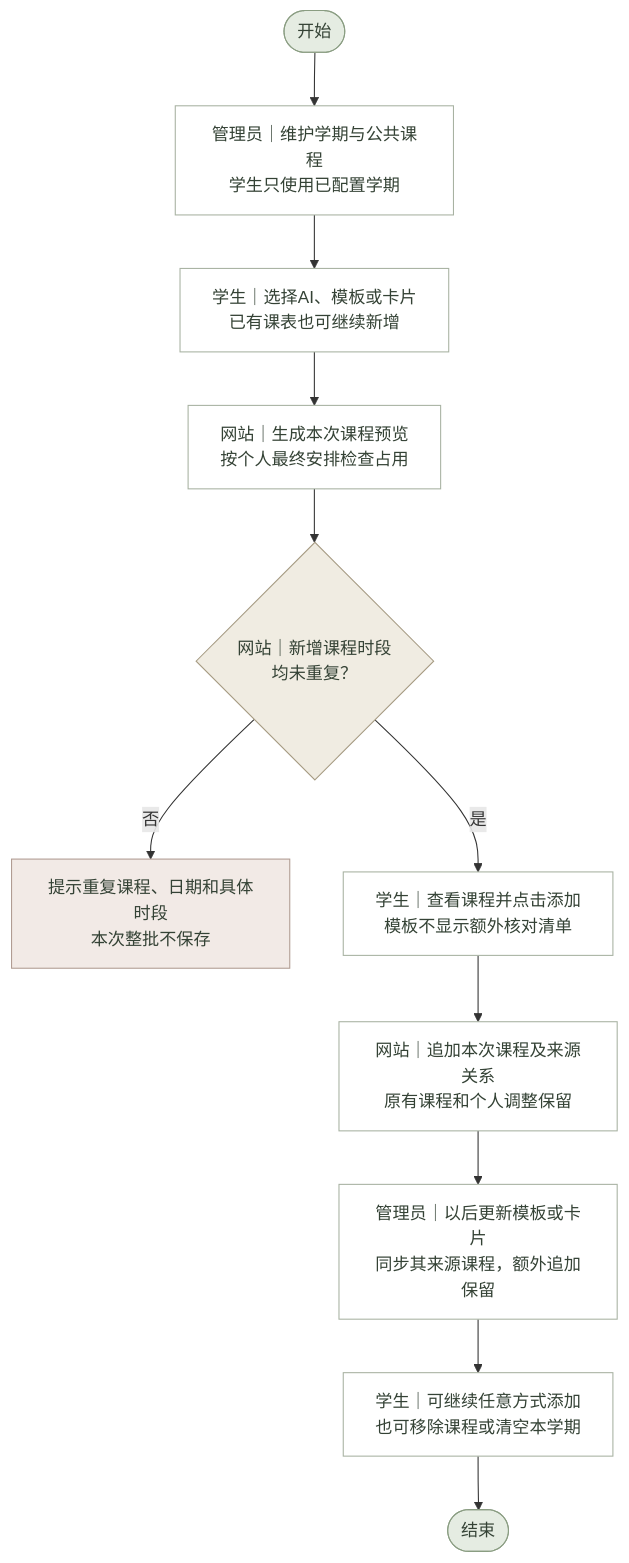
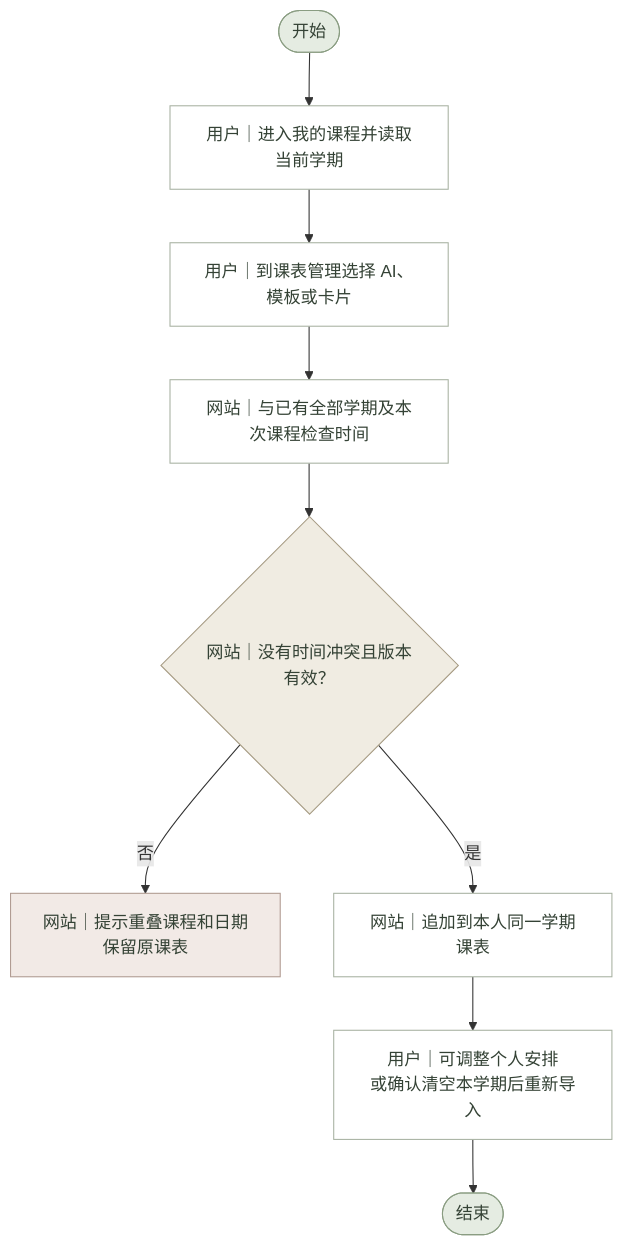
The diagram in 需求文档/课表功能/流程图源文件/业务流程图/学期课表与来源切换.mmd (lichen-lc123/class-assistant), drawn with Mermaid before and after one commit. The commit also changed 157 other files, not shown here.

```diff
--- a/需求文档/课表功能/流程图源文件/业务流程图/学期课表与来源切换.mmd
+++ b/需求文档/课表功能/流程图源文件/业务流程图/学期课表与来源切换.mmd
@@ -1,39 +1,33 @@
-%% 学期课表与来源切换 · 业务流程图 · V1.0 · 2026-11-02
+%% 学期课表与来源切换 · 业务流程图 · 当前版 · 2026-11-09
 flowchart TD
     N0(["开始"])
-    N1["管理员｜维护学期与公共课程<br/>学生只使用已配置学期"]
-    N2["学生｜选择AI、模板或卡片<br/>已有课表也可继续新增"]
-    N3["网站｜生成本次课程预览<br/>按个人最终安排检查占用"]
-    N4{"网站｜新增课程时段<br/>均未重复？"}
-    B4["提示重复课程、日期和具体时段<br/>本次整批不保存"]
-    N5["学生｜查看课程并点击添加<br/>模板不显示额外核对清单"]
-    N6["网站｜追加本次课程及来源关系<br/>原有课程和个人调整保留"]
-    N7["管理员｜以后更新模板或卡片<br/>同步其来源课程，额外追加保留"]
-    N8["学生｜可继续任意方式添加<br/>也可移除课程或清空本学期"]
-    N9(["结束"])
+    N1["用户｜进入我的课程并读取当前学期"]
+    N2["用户｜到课表管理选择 AI、模板或卡片"]
+    N3["网站｜与已有全部学期及本次课程检查时间"]
+    N4{"网站｜没有时间冲突且版本有效？"}
+    B4["网站｜提示重叠课程和日期<br/>保留原课表"]
+    N5["网站｜追加到本人同一学期课表"]
+    N6["用户｜可调整个人安排<br/>或确认清空本学期后重新导入"]
+    N7(["结束"])
     N0 --> N1
     N1 --> N2
     N2 --> N3
     N3 --> N4
     N4 -->|否| B4
     N4 -->|是| N5
     N5 --> N6
     N6 --> N7
-    N7 --> N8
-    N8 --> N9
     classDef normal fill:#FFFFFF,stroke:#A8B2A2,color:#344235;
     classDef decision fill:#F0ECE2,stroke:#A69B83,color:#344235;
     classDef terminal fill:#E5ECE2,stroke:#8A9D82,color:#344235;
     classDef exception fill:#F2EAE6,stroke:#B09B91,color:#344235;
     classDef database fill:#E7EDF0,stroke:#8A9CA6,color:#344235;
     class N0 terminal;
     class N1 normal;
     class N2 normal;
     class N3 normal;
     class N4 decision;
     class B4 exception;
     class N5 normal;
     class N6 normal;
-    class N7 normal;
-    class N8 normal;
-    class N9 terminal;
+    class N7 terminal;
```
